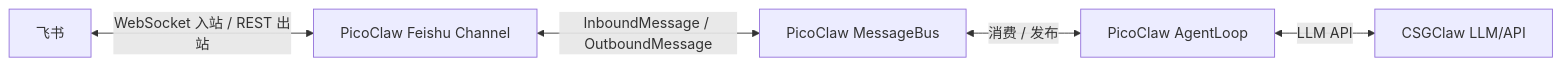
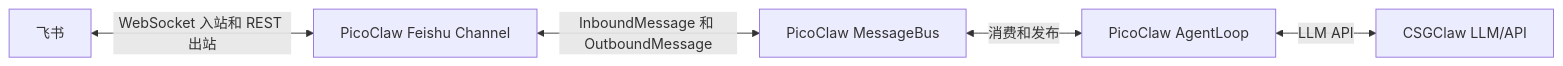
Before and after one commit to GatewayJ/csgclaw: the first of 12 diagrams in docs/channel/codex-feishu.zh.md, drawn with Mermaid. The commit also changed other lines of this file, not shown here.

Commit message:
docs: simplify mermaid sequence syntax

````diff
--- a/docs/channel/codex-feishu.zh.md
+++ b/docs/channel/codex-feishu.zh.md
@@ -15,13 +15,13 @@
 ```mermaid
 flowchart LR
     Feishu[飞书]
     FeishuChannel[PicoClaw Feishu Channel]
     MessageBus[PicoClaw MessageBus]
     AgentLoop[PicoClaw AgentLoop]
     CSGClaw[CSGClaw LLM/API]
 
-    Feishu <-->|WebSocket 入站 / REST 出站| FeishuChannel
-    FeishuChannel <-->|InboundMessage / OutboundMessage| MessageBus
-    MessageBus <-->|消费 / 发布| AgentLoop
+    Feishu <-->|WebSocket 入站和 REST 出站| FeishuChannel
+    FeishuChannel <-->|InboundMessage 和 OutboundMessage| MessageBus
+    MessageBus <-->|消费和发布| AgentLoop
     AgentLoop <-->|LLM API| CSGClaw
 ```
````
